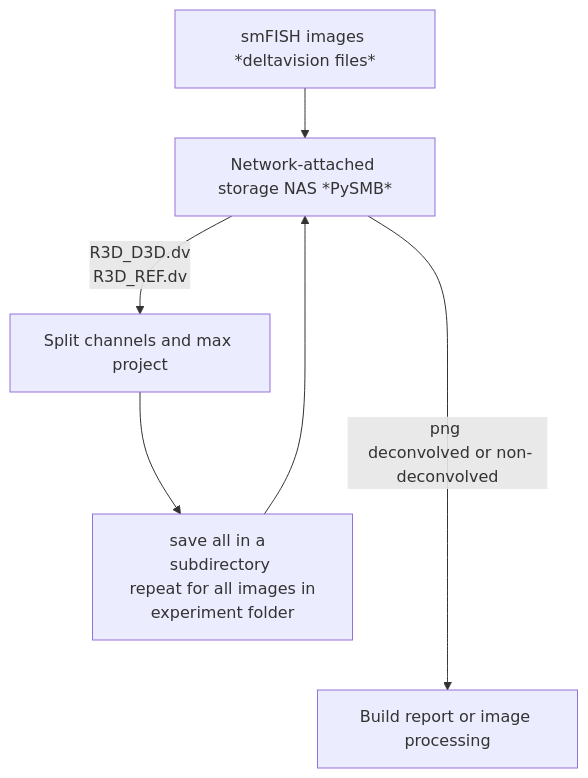
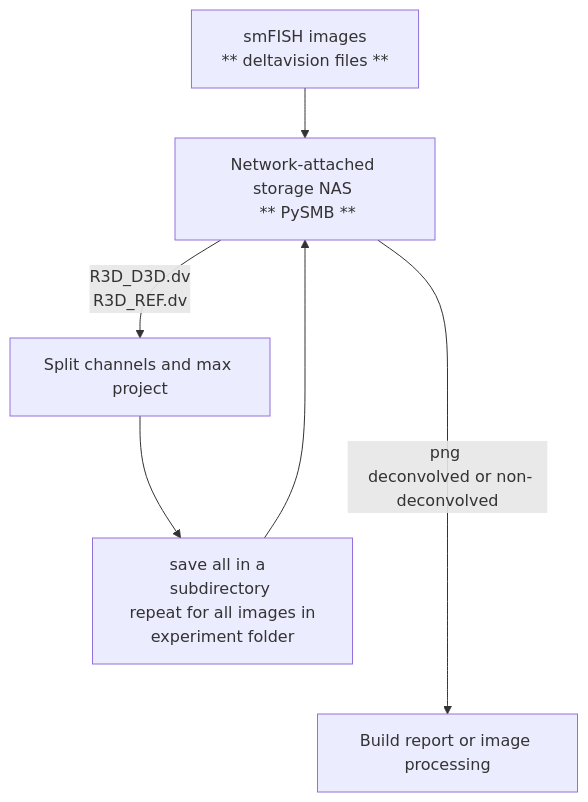
Before and after one commit to TorresNaly/dv2png: the diagram in README.md, drawn with Mermaid.

````diff
--- a/README.md
+++ b/README.md
@@ -10,8 +10,8 @@
 ```mermaid
 flowchart TD
-    Experiments[smFISH images *deltavision files*] --> B[Network-attached storage NAS *PySMB*]
+    Experiments[smFISH images \n ** deltavision files **] --> B[Network-attached storage NAS \n ** PySMB **]
     B -->|R3D_D3D.dv \n  R3D_REF.dv| C[Split channels and max project]
     C --> D[save all in a  subdirectory \n repeat for all images in experiment folder]
     D --> B
     B ---->|png \n deconvolved or non-deconvolved| E[Build report or image processing]
 ```
````
